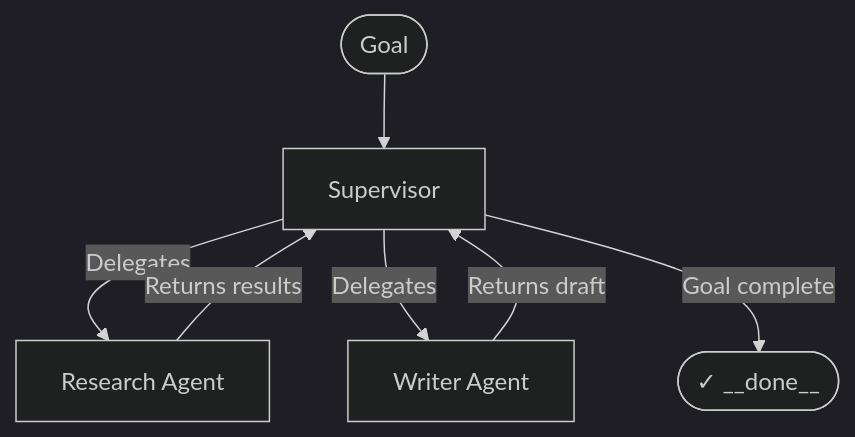
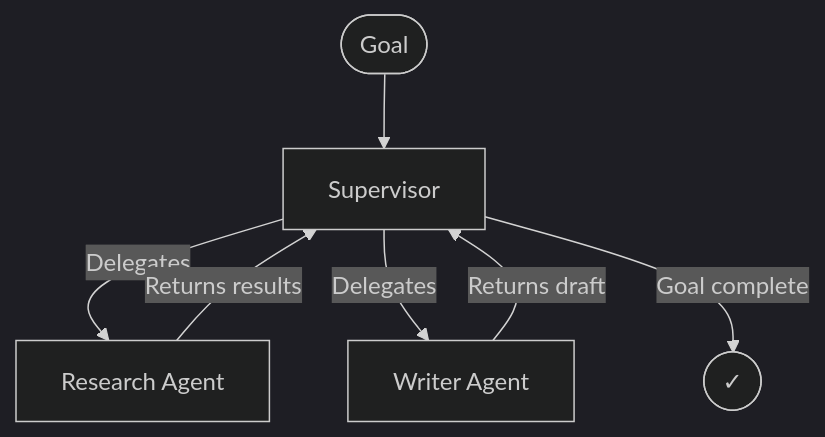
One commit to wmcmahan/cycgraph changed the diagram in apps/docs/src/content/docs/docs/patterns/supervisor.md. Above: the diagram before and after it, drawn with Mermaid (dark theme). The commit also changed other lines of this file and 113 other files, not shown here.

````diff
--- a/apps/docs/src/content/docs/docs/patterns/supervisor.md
+++ b/apps/docs/src/content/docs/docs/patterns/supervisor.md
@@ -12,9 +12,9 @@
 ```mermaid
 flowchart TB
     Goal(["Goal"]) --> Sup["Supervisor"]
     Sup --> |"Delegates"| Researcher["Research Agent"]
     Researcher --> |"Returns results"| Sup
     Sup --> |"Delegates"| Writer["Writer Agent"]
     Writer --> |"Returns draft"| Sup
-    Sup --> |"Goal complete"| Done(["✓ __done__"])
+    Sup --> |"Goal complete"| Done(["✓"])
 ```
````
